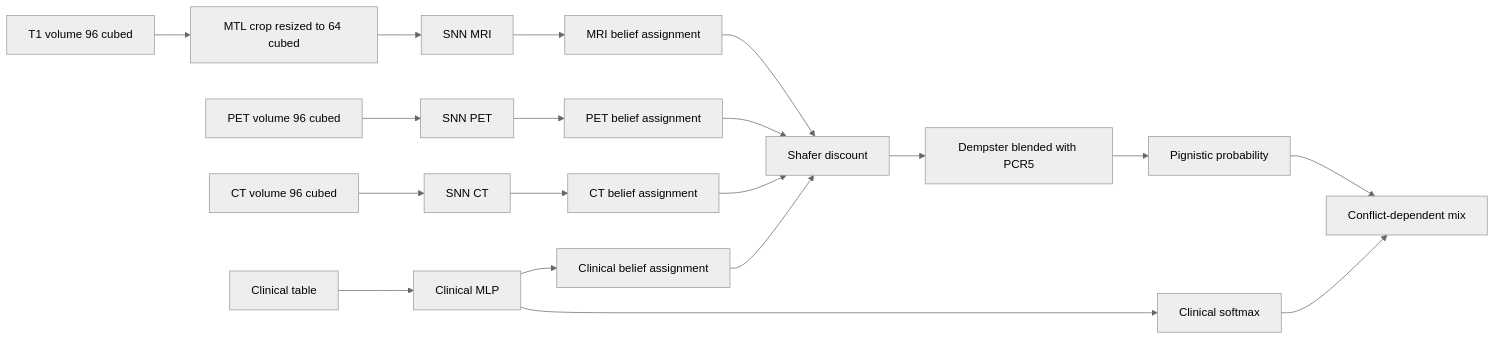
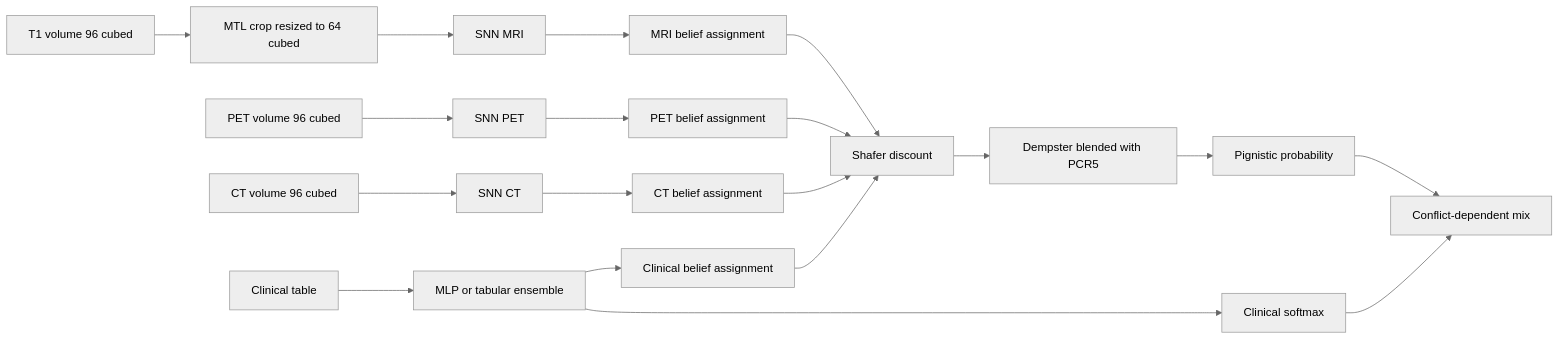
The diagram in docs/Pipeline.md (abrr-fhyz/DS-SNN-MF), drawn with Mermaid (neutral theme) before and after one commit. The commit also changed other lines of this file and 12 other files, not shown here.

````diff
--- a/docs/Pipeline.md
+++ b/docs/Pipeline.md
@@ -18,21 +18,21 @@
 ```mermaid
 flowchart LR
   t1[T1 volume 96 cubed] --> crop[MTL crop resized to 64 cubed]
   crop --> snnMri[SNN MRI]
   snnMri --> mriBba[MRI belief assignment]
   petVol[PET volume 96 cubed] --> snnPet[SNN PET]
   snnPet --> petBba[PET belief assignment]
   ctVol[CT volume 96 cubed] --> snnCt[SNN CT]
   snnCt --> ctBba[CT belief assignment]
-  table[Clinical table] --> mlp[Clinical MLP]
-  mlp --> clinBba[Clinical belief assignment]
+  table[Clinical table] --> clin[MLP or tabular ensemble]
+  clin --> clinBba[Clinical belief assignment]
   mriBba --> disc[Shafer discount]
   petBba --> disc
   ctBba --> disc
   clinBba --> disc
   disc --> gate[Dempster blended with PCR5]
   gate --> betp[Pignistic probability]
-  mlp --> aux[Clinical softmax]
+  clin --> aux[Clinical softmax]
   betp --> decision[Conflict-dependent mix]
   aux --> decision
 ```
````
